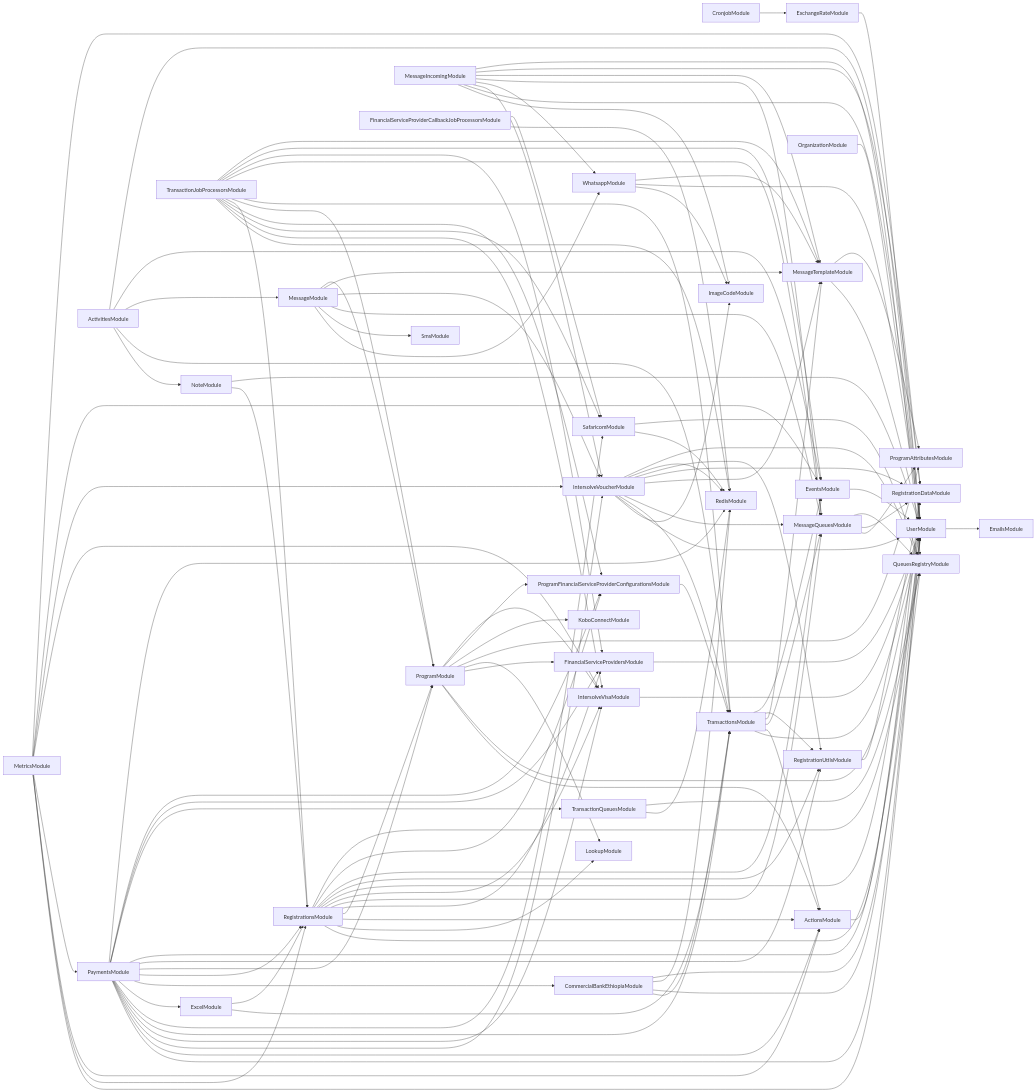
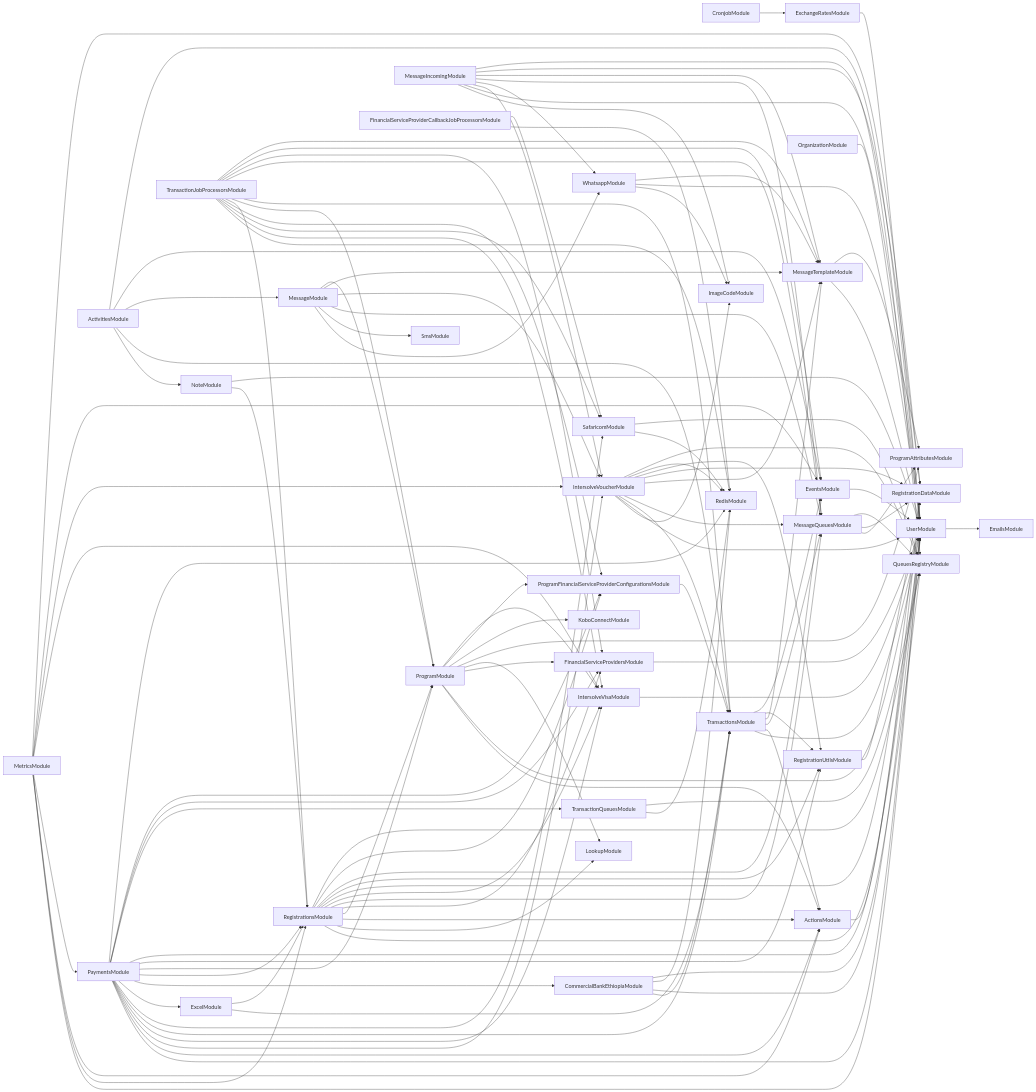
One commit to global-121/121-platform changed the diagram in services/121-service/module-dependencies.md. Above: the diagram before and after it, drawn with Mermaid. The commit also changed 11 other files, not shown here.

Commit message:
Get exchange rates

````diff
--- a/services/121-service/module-dependencies.md
+++ b/services/121-service/module-dependencies.md
@@ -3,7 +3,7 @@
 ```mermaid
 graph LR
-  CronjobModule-->ExchangeRateModule
-  ExchangeRateModule-->UserModule
+  CronjobModule-->ExchangeRatesModule
+  ExchangeRatesModule-->UserModule
   UserModule-->EmailsModule
   MessageTemplateModule-->UserModule
   MessageTemplateModule-->ProgramAttributesModule
````
